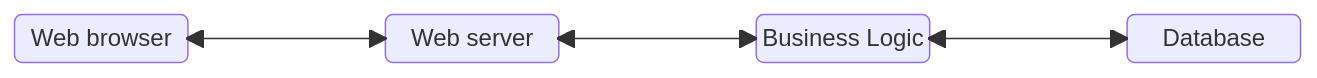
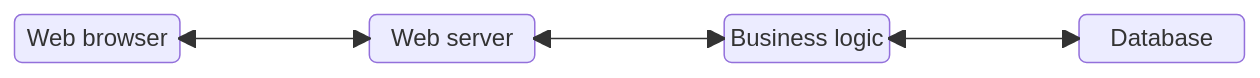
One commit to timothyalder/tplat changed the first of 3 diagrams in projects/threat_modelling/docs/model/index.md. Above: the diagram before and after it, drawn with Mermaid. The commit also changed other lines of this file and 15 other files, not shown here.

````diff
--- a/projects/threat_modelling/docs/model/index.md
+++ b/projects/threat_modelling/docs/model/index.md
@@ -9,7 +7,7 @@
 ```mermaid
-block
-    browser("Web browser") space server("Web server") space logic("Business Logic") space database("Database")
+block-beta
+    browser("Web browser") space server("Web server") space logic("Business logic") space database("Database")
     browser<-->server
     server<-->logic
     logic<-->database
 ```
````
